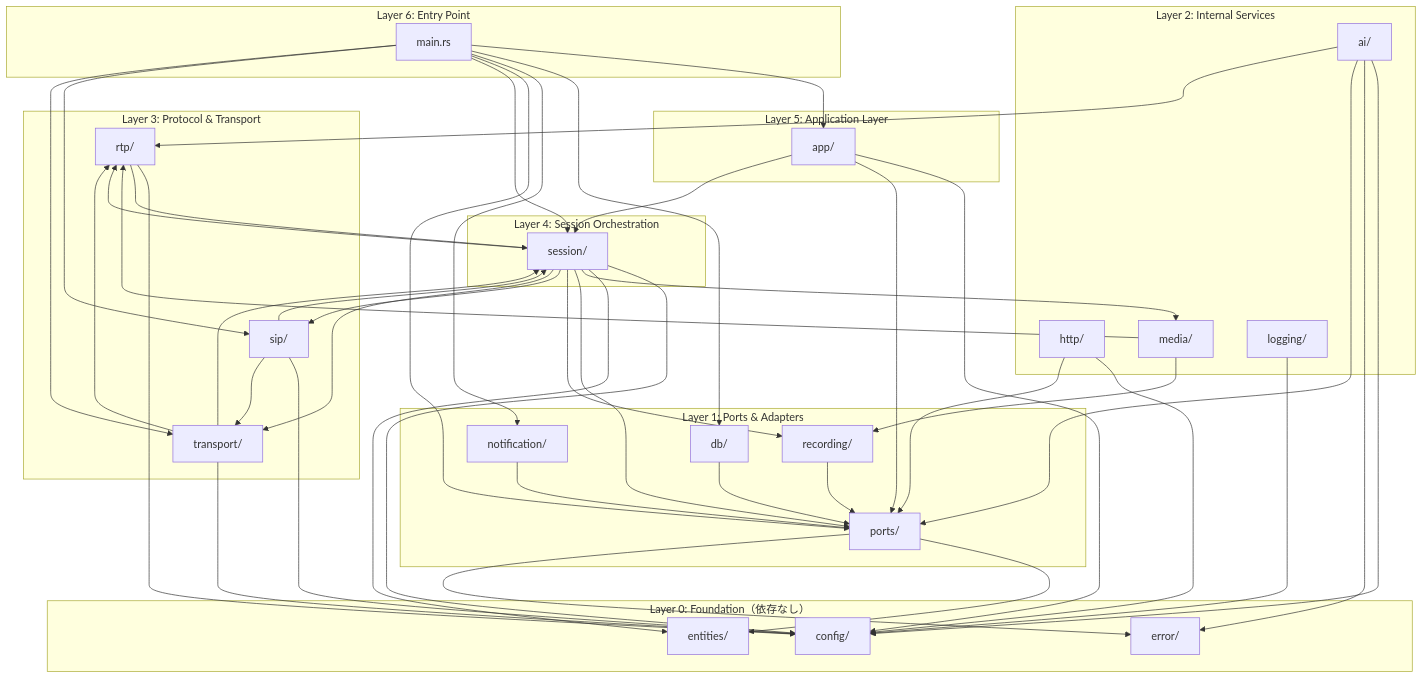
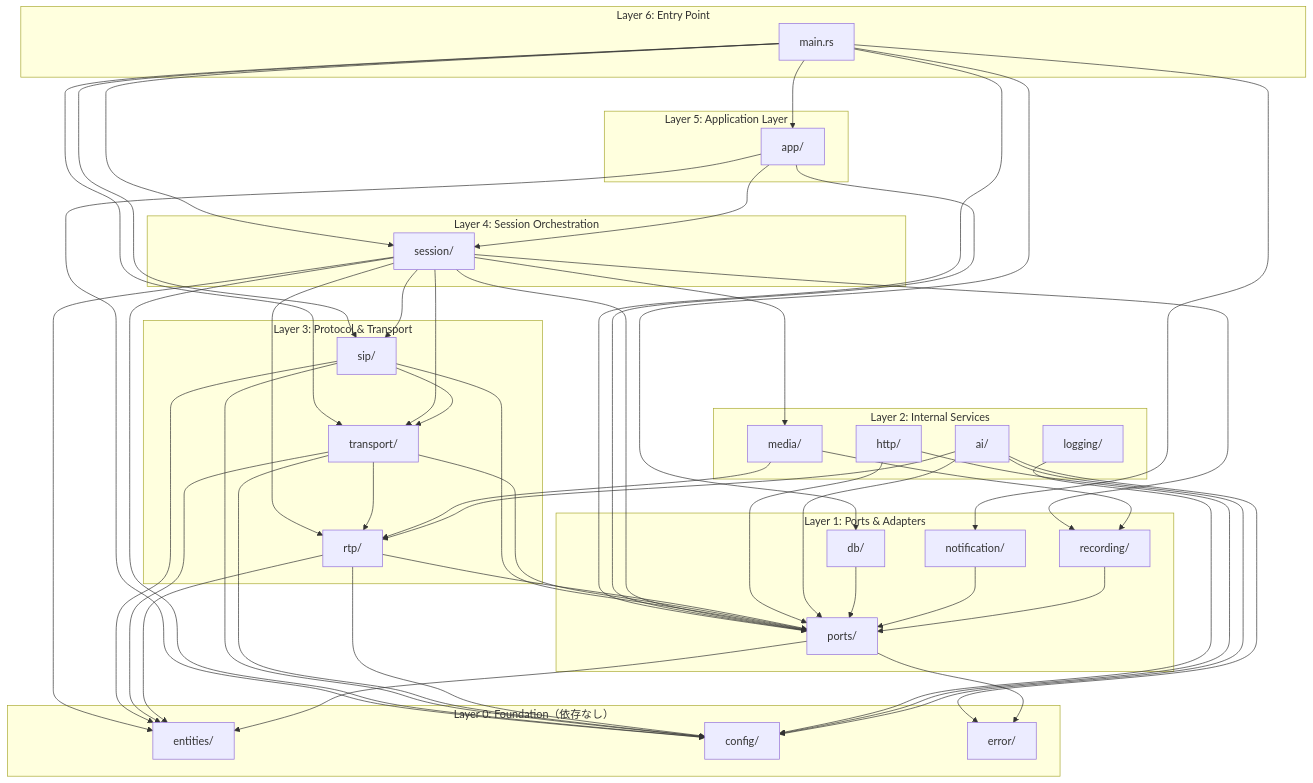
The first of 5 diagrams in virtual-voicebot-backend/docs/design/basic/BD-003_dependency-diagram.md (MasanoriSuda/virtual_voicebot), drawn with Mermaid before and after one commit. The commit also changed other lines of this file and 14 other files, not shown here.

```diff
--- a/virtual-voicebot-backend/docs/design/basic/BD-003_dependency-diagram.md
+++ b/virtual-voicebot-backend/docs/design/basic/BD-003_dependency-diagram.md
@@ -62,14 +64,17 @@
     media --> rtp
     logging --> config
 
-    %% Layer 3 依存
+    %% Layer 3 依存（v2.1: ports 経由に統一）
     rtp --> config
-    rtp --> session
+    rtp --> ports
+    rtp --> entities
     transport --> config
     transport --> rtp
-    transport --> session
+    transport --> ports
+    transport --> entities
     sip --> config
-    sip --> session
+    sip --> ports
+    sip --> entities
     sip --> transport
 
     %% Layer 4 依存
```
